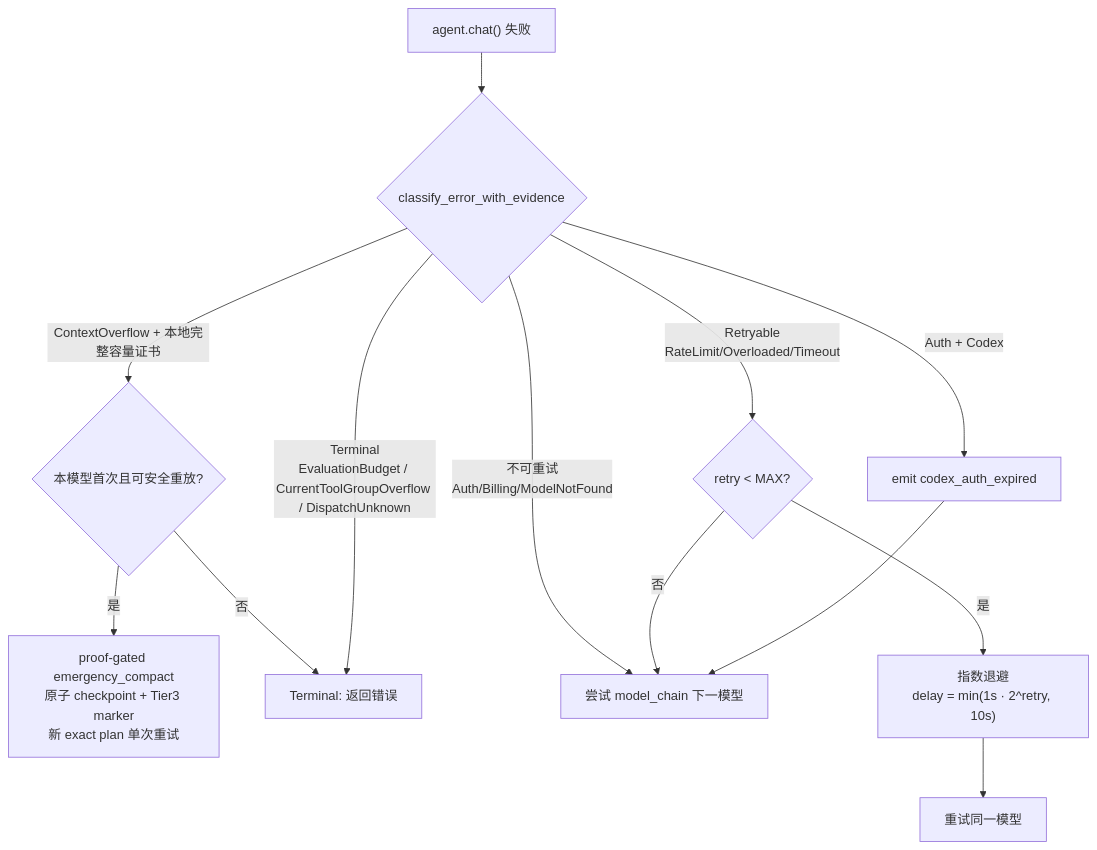
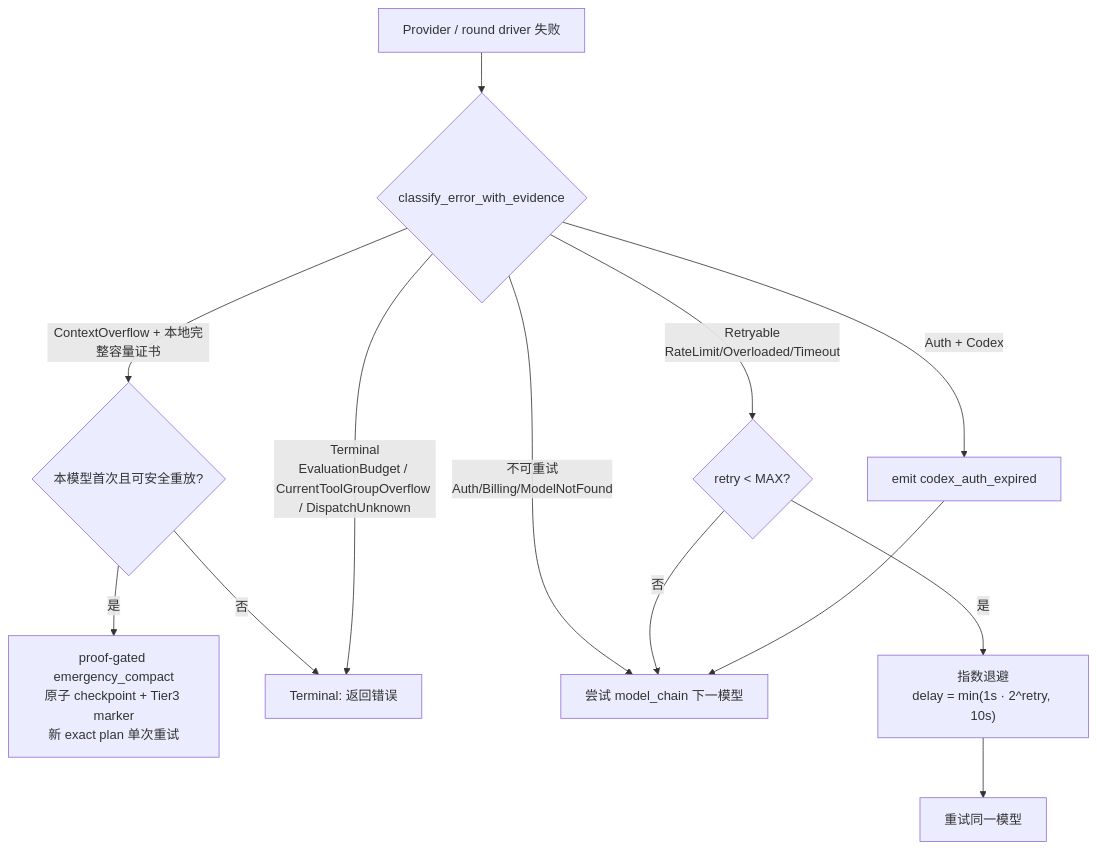
The sixth of 7 diagrams in docs/architecture/core/chat-engine.md (shiwenwen/hope-agent), drawn with Mermaid before and after one commit. The commit also changed other lines of this file and 230 other files, not shown here.

````diff
--- a/docs/architecture/core/chat-engine.md
+++ b/docs/architecture/core/chat-engine.md
@@ -710,15 +732,15 @@
 ```mermaid
 flowchart TD
-    A["agent.chat() 失败"] --> B{"classify_error_with_evidence"}
+    A["Provider / round driver 失败"] --> B{"classify_error_with_evidence"}
     B -->|"ContextOverflow + 本地完整容量证书"| C{"本模型首次且可安全重放?"}
     C -->|"是"| D["proof-gated emergency_compact<br/>原子 checkpoint + Tier3 marker<br/>新 exact plan 单次重试"]
     C -->|"否"| E["Terminal: 返回错误"]
     B -->|"Terminal<br/>EvaluationBudget / CurrentToolGroupOverflow / DispatchUnknown"| E
     B -->|"不可重试<br/>Auth/Billing/ModelNotFound"| I
     B -->|"Retryable<br/>RateLimit/Overloaded/Timeout"| F{"retry &lt; MAX?"}
     F -->|"是"| G["指数退避<br/>delay = min(1s · 2^retry, 10s)"]
     G --> H["重试同一模型"]
     F -->|"否"| I["尝试 model_chain 下一模型"]
     B -->|"Auth + Codex"| J["emit codex_auth_expired"]
     J --> I
 ```
````
